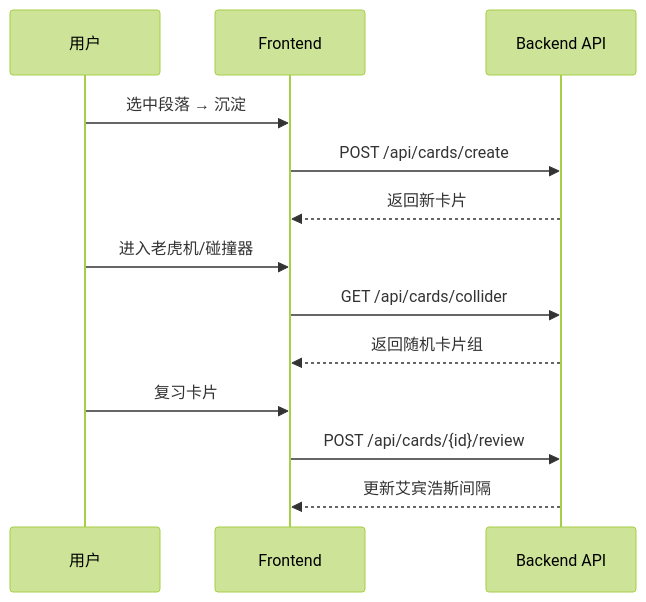
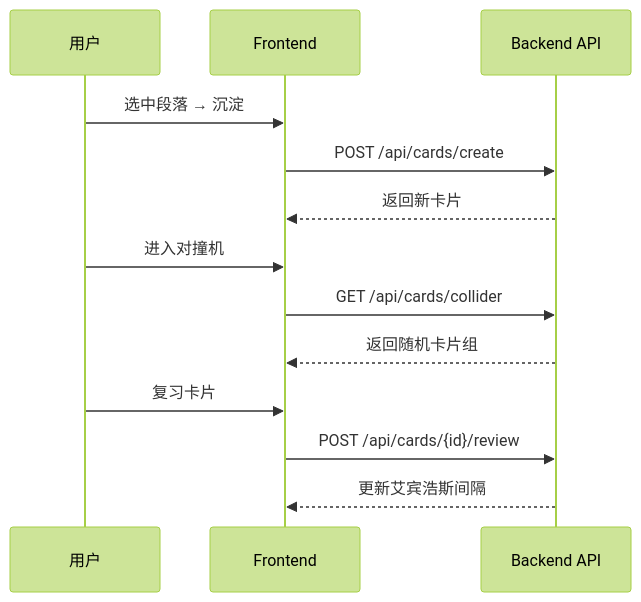
One commit to quentin2001/whisperMe changed the third of 3 diagrams in docs/architecture.md. Above: the diagram before and after it, drawn with Mermaid (forest theme). The commit also changed other lines of this file and 7 other files, not shown here.

Commit message:
refactor: remove HF monkey patch, implement ASR skip checkpointing, low disk warnings, hidden subprocess windows, and clean architecture docs

````diff
--- a/docs/architecture.md
+++ b/docs/architecture.md
@@ -260,16 +235,16 @@
 ```mermaid
 sequenceDiagram
     participant U as 用户
     participant F as Frontend
     participant B as Backend API
 
     U->>F: 选中段落 → 沉淀
     F->>B: POST /api/cards/create
     B-->>F: 返回新卡片
-    U->>F: 进入老虎机/碰撞器
+    U->>F: 进入对撞机
     F->>B: GET /api/cards/collider
     B-->>F: 返回随机卡片组
     U->>F: 复习卡片
     F->>B: POST /api/cards/{id}/review
     B-->>F: 更新艾宾浩斯间隔
 ```
````
